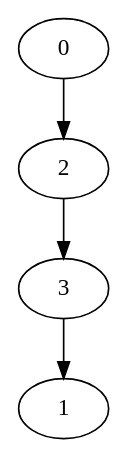
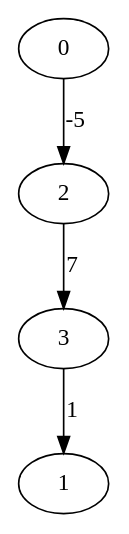
Before and after one commit to Loski/Graphe: the diagram in testCourtChemin.dot, drawn with Graphviz. The commit also changed 5 other files, not shown here.

```diff
--- a/testCourtChemin.dot
+++ b/testCourtChemin.dot
@@ -1,1 +1,1 @@
-digraph Graphe {3->1[LABEL=1];0->2[LABEL=-5];2->3[LABEL=7];}
+digraph Graphe {3->1[label=1];0->2[label=-5];2->3[label=7];}
```
